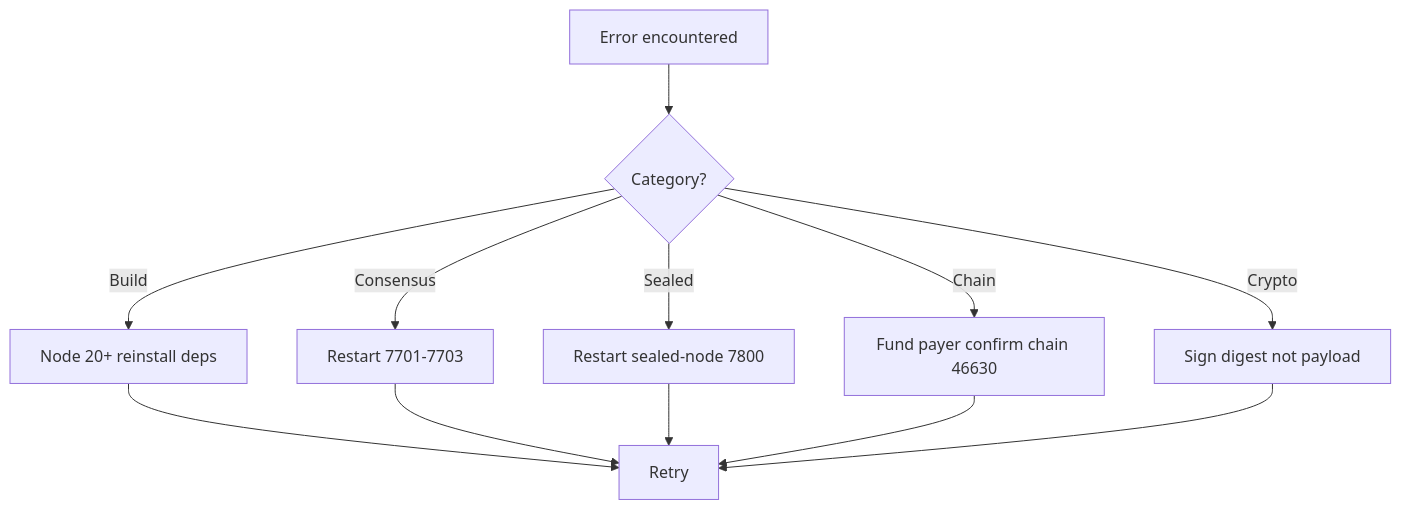
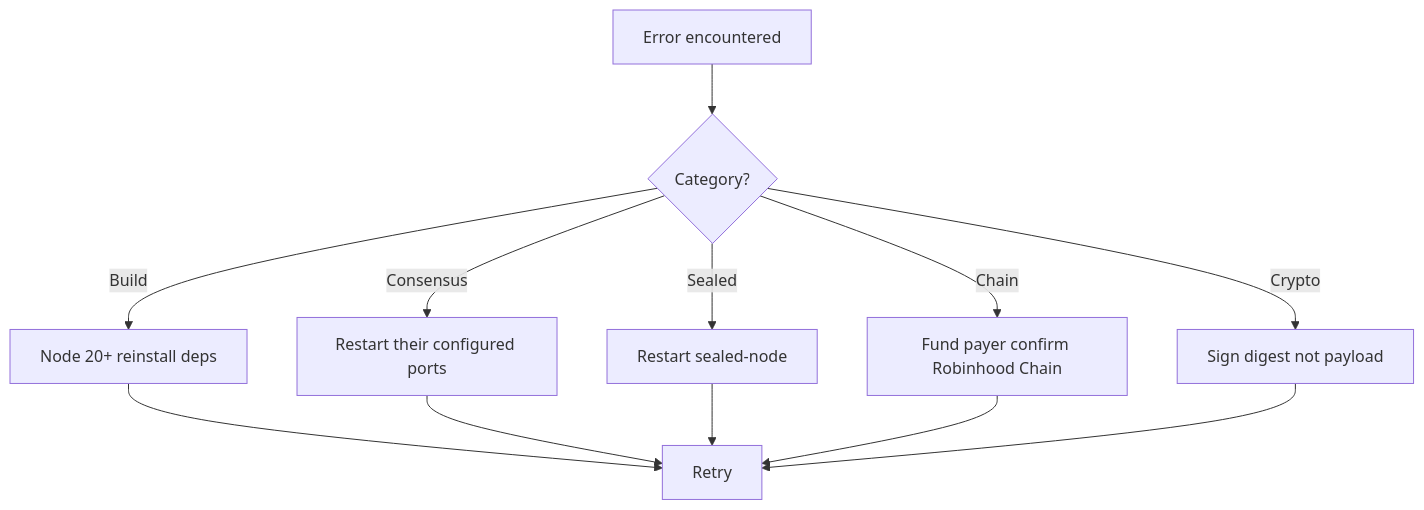
The fourth of 4 diagrams in docs/QUICKSTART.md (veyanet/veya-sdk), drawn with Mermaid before and after one commit. The commit also changed other lines of this file, not shown here.

````diff
--- a/docs/QUICKSTART.md
+++ b/docs/QUICKSTART.md
@@ -651,14 +648,14 @@
 ```mermaid
 flowchart TD
     E["Error encountered"] --> T{"Category?"}
     T -->|Build| B["Node 20+ reinstall deps"]
-    T -->|Consensus| C["Restart 7701-7703"]
-    T -->|Sealed| S["Restart sealed-node 7800"]
-    T -->|Chain| D["Fund payer confirm chain 46630"]
+    T -->|Consensus| C["Restart their configured ports"]
+    T -->|Sealed| S["Restart sealed-node <sealed-port>"]
+    T -->|Chain| D["Fund payer confirm Robinhood Chain"]
     T -->|Crypto| P["Sign digest not payload"]
     B --> R["Retry"]
     C --> R
     S --> R
     D --> R
     P --> R
 ```
````
